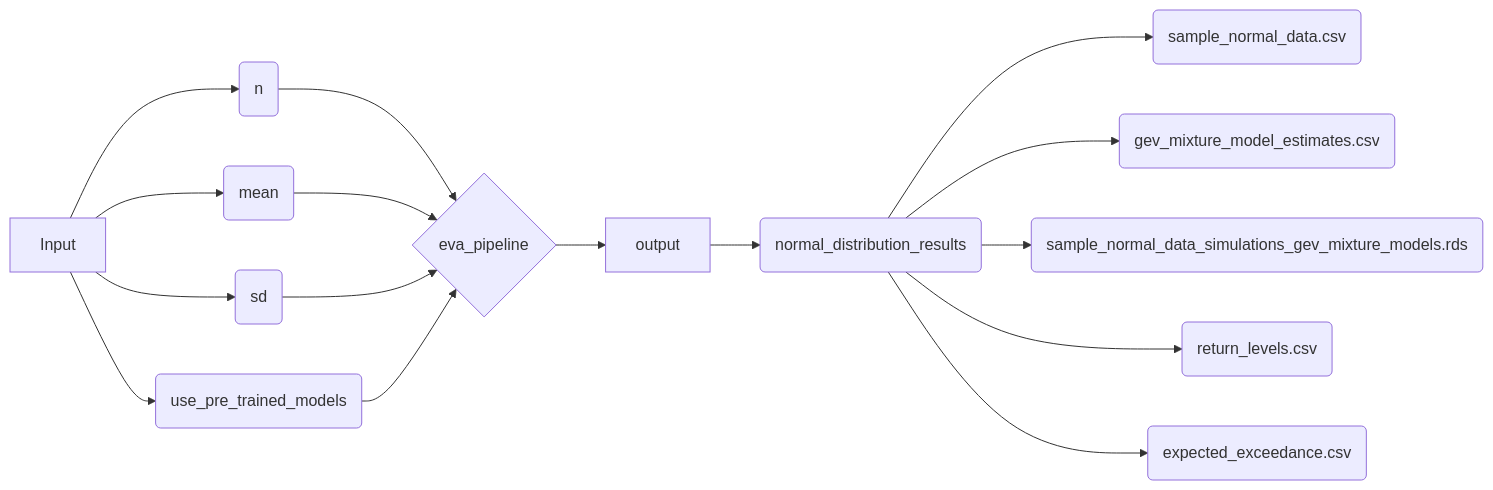
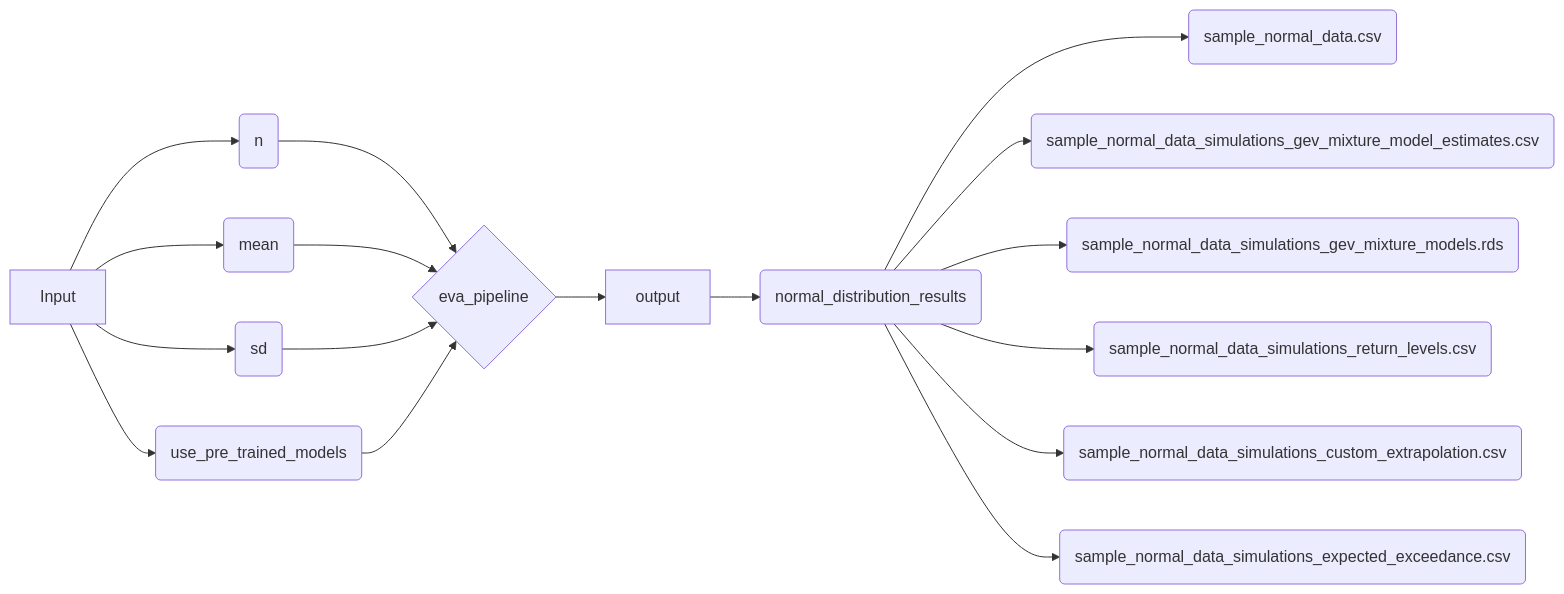
One commit to pdkengne/evops_manual changed the fourth of 7 diagrams in model-operations.qmd. Above: the diagram before and after it, drawn with Mermaid. The commit also changed other lines of this file and 2 other files, not shown here.

Commit message:
add output for return levels from all component gev laws in the geometric mixture model

````diff
--- a/model-operations.qmd
+++ b/model-operations.qmd
@@ -159,18 +163,19 @@
 ```{mermaid}
 flowchart LR
   I[Input] --> A(n)
   I[Input] --> B(mean)
   I[Input] --> C(sd)
   I[Input] --> C1(use_pre_trained_models)
   A --> D{eva_pipeline}
   B --> D
   C --> D
   C1 --> D
   D --> O[output]
   O --> E(normal_distribution_results)
   E --> E1(sample_normal_data.csv)
-  E --> E2(gev_mixture_model_estimates.csv)
+  E --> E2(sample_normal_data_simulations_gev_mixture_model_estimates.csv)
   E --> E5(sample_normal_data_simulations_gev_mixture_models.rds)
-  E --> E3(return_levels.csv)
-  E --> E4(expected_exceedance.csv)
+  E --> E3(sample_normal_data_simulations_return_levels.csv)
+  E --> E6(sample_normal_data_simulations_custom_extrapolation.csv)
+  E --> E4(sample_normal_data_simulations_expected_exceedance.csv)
 ```
````
